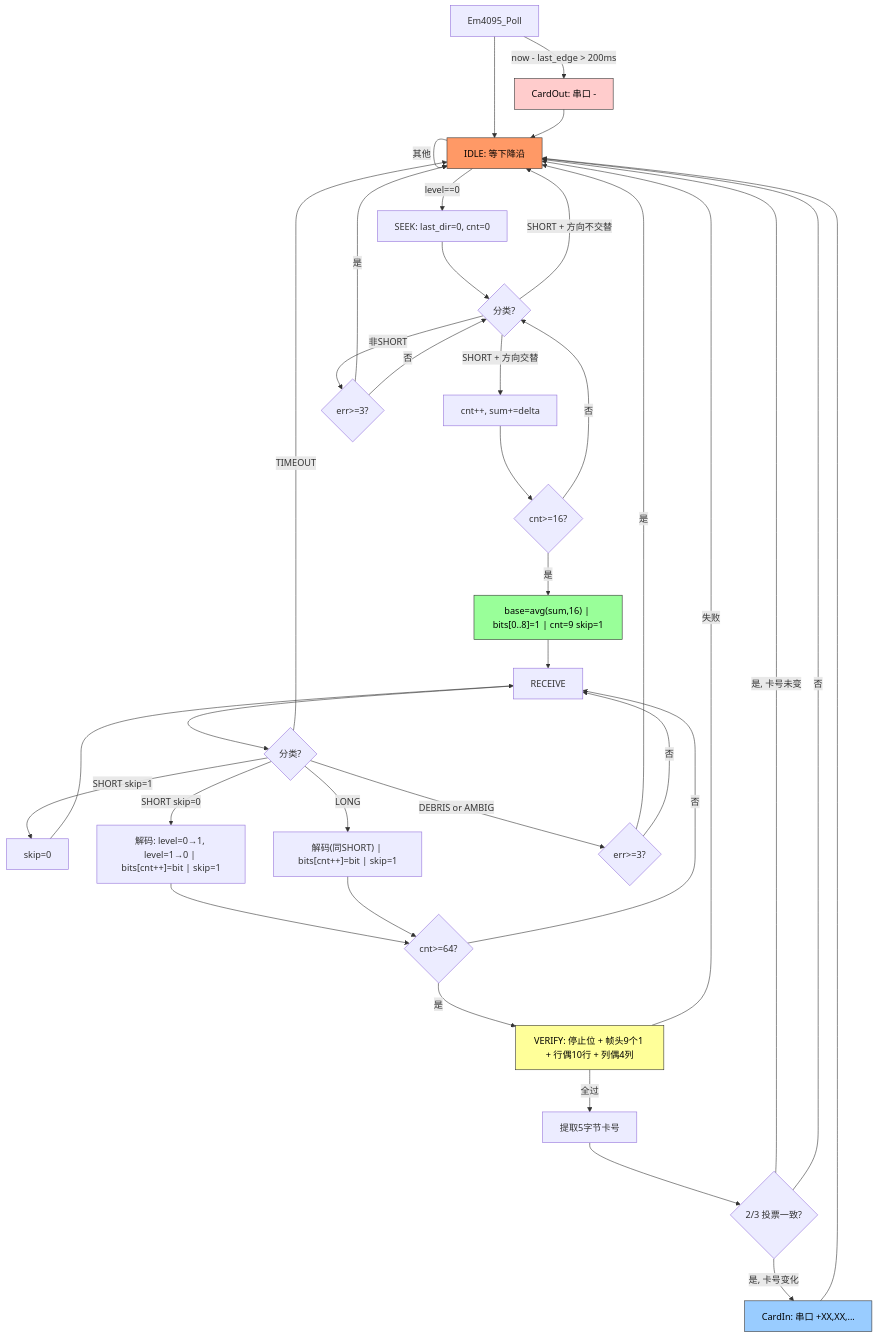
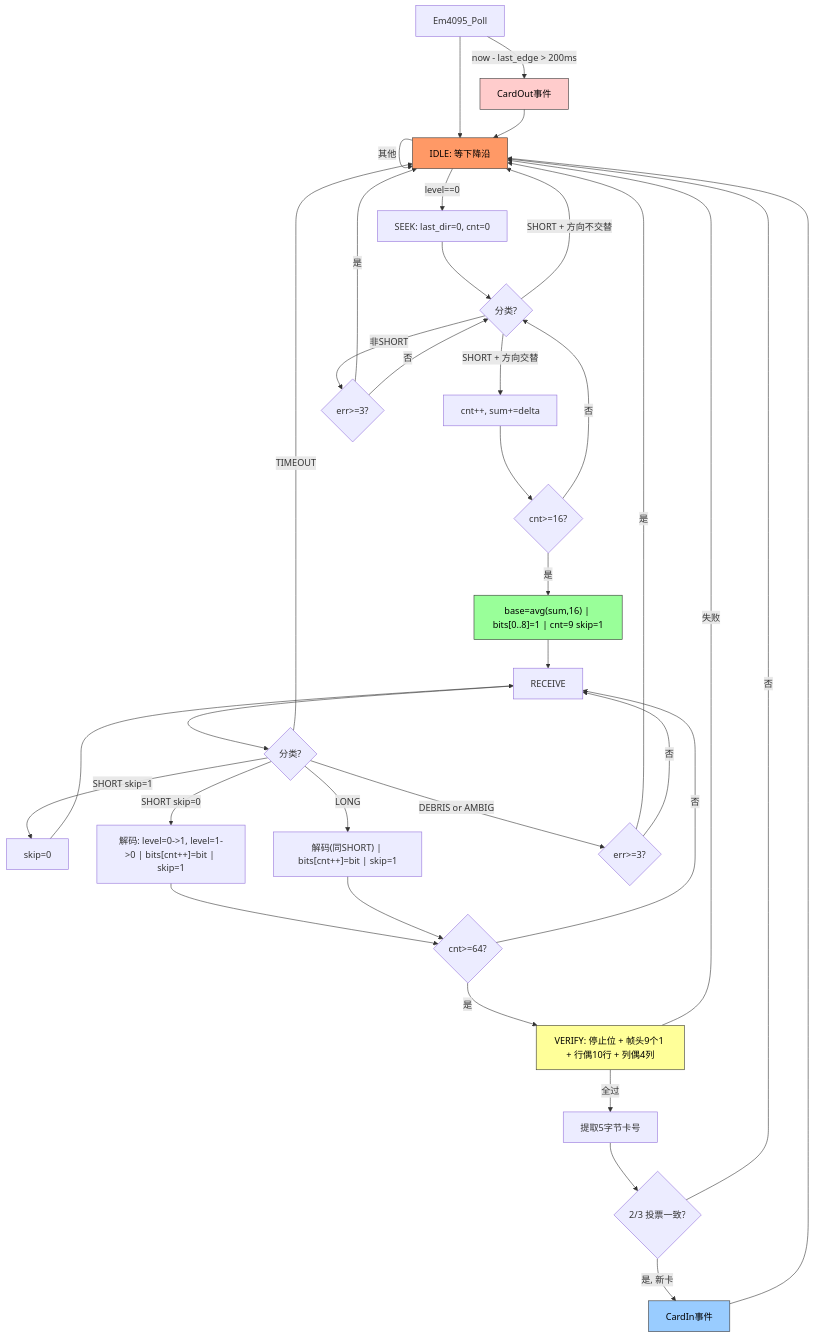
The ninth of 9 diagrams in 工作/[[SR3读卡器]]/260804SR3框架整理.md (Siaiai/ObsidianNote), drawn with Mermaid before and after one commit. The commit also changed other lines of this file, not shown here.

````diff
--- a/工作/[[SR3读卡器]]/260804SR3框架整理.md
+++ b/工作/[[SR3读卡器]]/260804SR3框架整理.md
@@ -492,60 +438,59 @@
 ```mermaid
 flowchart TD
     POLL[Em4095_Poll]
 
     POLL --> IDLE
 
     IDLE["IDLE: 等下降沿"]
     IDLE -->|"level==0"| SEEK["SEEK: last_dir=0, cnt=0"]
     IDLE -->|"其他"| IDLE
 
     SEEK --> S_EDGE{"分类?"}
     S_EDGE -->|"SHORT + 方向交替"| S_CNT["cnt++, sum+=delta"]
     S_EDGE -->|"SHORT + 方向不交替"| IDLE
     S_EDGE -->|"非SHORT"| S_ERR{"err>=3?"}
     S_ERR -->|"是"| IDLE
     S_ERR -->|"否"| S_EDGE
 
     S_CNT --> S_CHK{"cnt>=16?"}
     S_CHK -->|"否"| S_EDGE
     S_CHK -->|"是"| S_LOCK["base=avg(sum,16) | bits[0..8]=1 | cnt=9 skip=1"]
 
     S_LOCK --> RECV
 
     RECV["RECEIVE"] --> R_EDGE{"分类?"}
 
     R_EDGE -->|"SHORT skip=1"| R_SKIP["skip=0"]
     R_SKIP --> RECV
 
-    R_EDGE -->|"SHORT skip=0"| R_BIT["解码: level=0→1, level=1→0 | bits[cnt++]=bit | skip=1"]
+    R_EDGE -->|"SHORT skip=0"| R_BIT["解码: level=0->1, level=1->0 | bits[cnt++]=bit | skip=1"]
     R_EDGE -->|"LONG"| R_LONG["解码(同SHORT) | bits[cnt++]=bit | skip=1"]
     R_EDGE -->|"TIMEOUT"| IDLE
     R_EDGE -->|"DEBRIS or AMBIG"| R_ERR{"err>=3?"}
     R_ERR -->|"是"| IDLE
     R_ERR -->|"否"| RECV
 
     R_BIT --> R_CHK{"cnt>=64?"}
     R_LONG --> R_CHK
     R_CHK -->|"否"| RECV
     R_CHK -->|"是"| VERIFY
 
     VERIFY["VERIFY: 停止位 + 帧头9个1 + 行偶10行 + 列偶4列"]
     VERIFY -->|"全过"| EXTRACT["提取5字节卡号"]
     VERIFY -->|"失败"| IDLE
 
     EXTRACT --> VOTE{"2/3 投票一致?"}
-    VOTE -->|"是, 卡号变化"| CARD_IN["CardIn: 串口 +XX,XX,..."]
-    VOTE -->|"是, 卡号未变"| IDLE
+    VOTE -->|"是, 新卡"| CARD_IN["CardIn事件"]
     VOTE -->|"否"| IDLE
 
-    POLL -->|"now - last_edge > 200ms"| CARD_OUT["CardOut: 串口 -"]
+    POLL -->|"now - last_edge > 200ms"| CARD_OUT["CardOut事件"]
 
     CARD_IN --> IDLE
     CARD_OUT --> IDLE
 
     style IDLE fill:#f96,stroke:#333,color:#000
     style S_LOCK fill:#9f9,stroke:#333,color:#000
     style VERIFY fill:#ff9,stroke:#333,color:#000
     style CARD_IN fill:#9cf,stroke:#333,color:#000
     style CARD_OUT fill:#fcc,stroke:#333,color:#000
 ```
````
